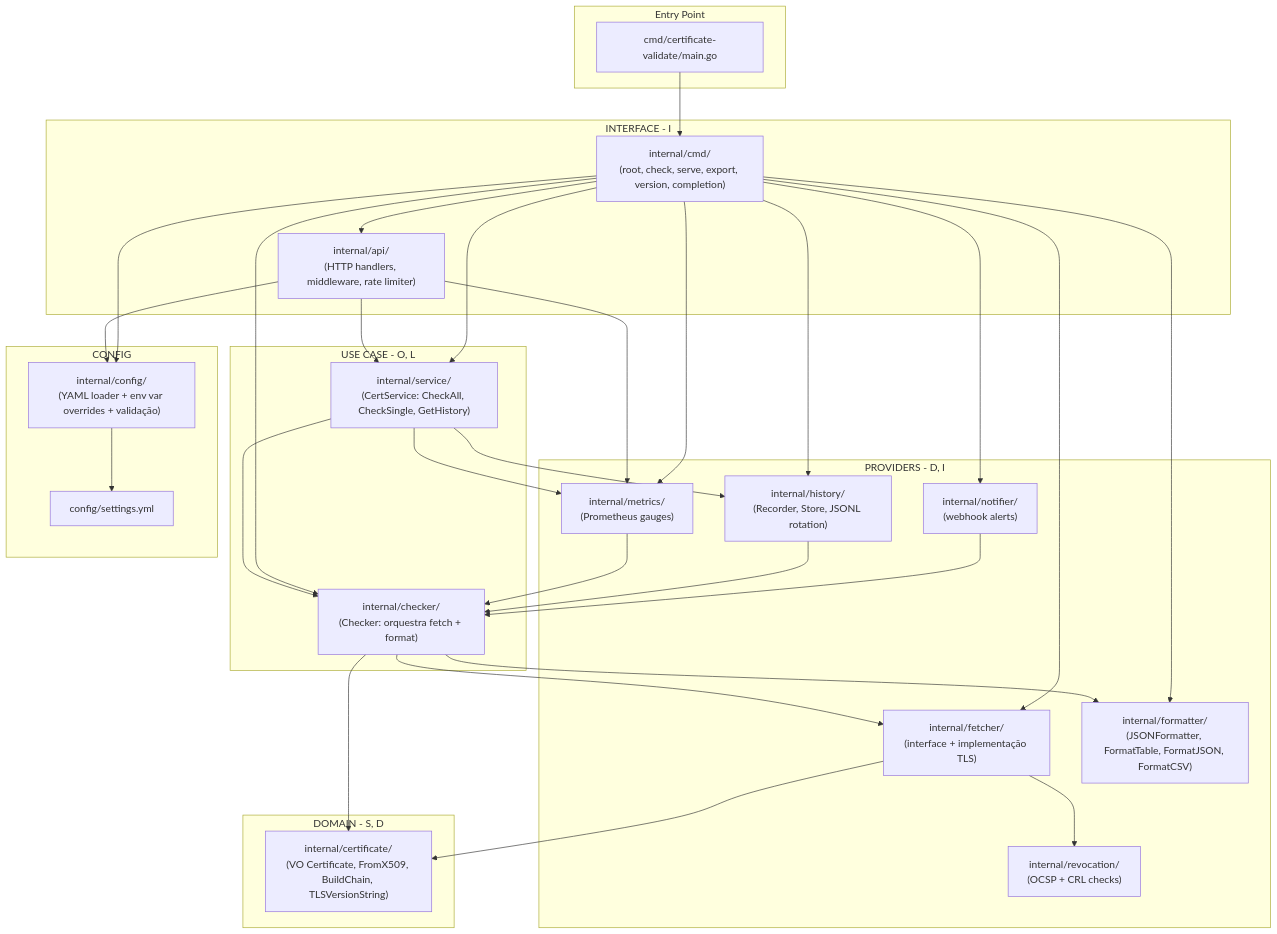
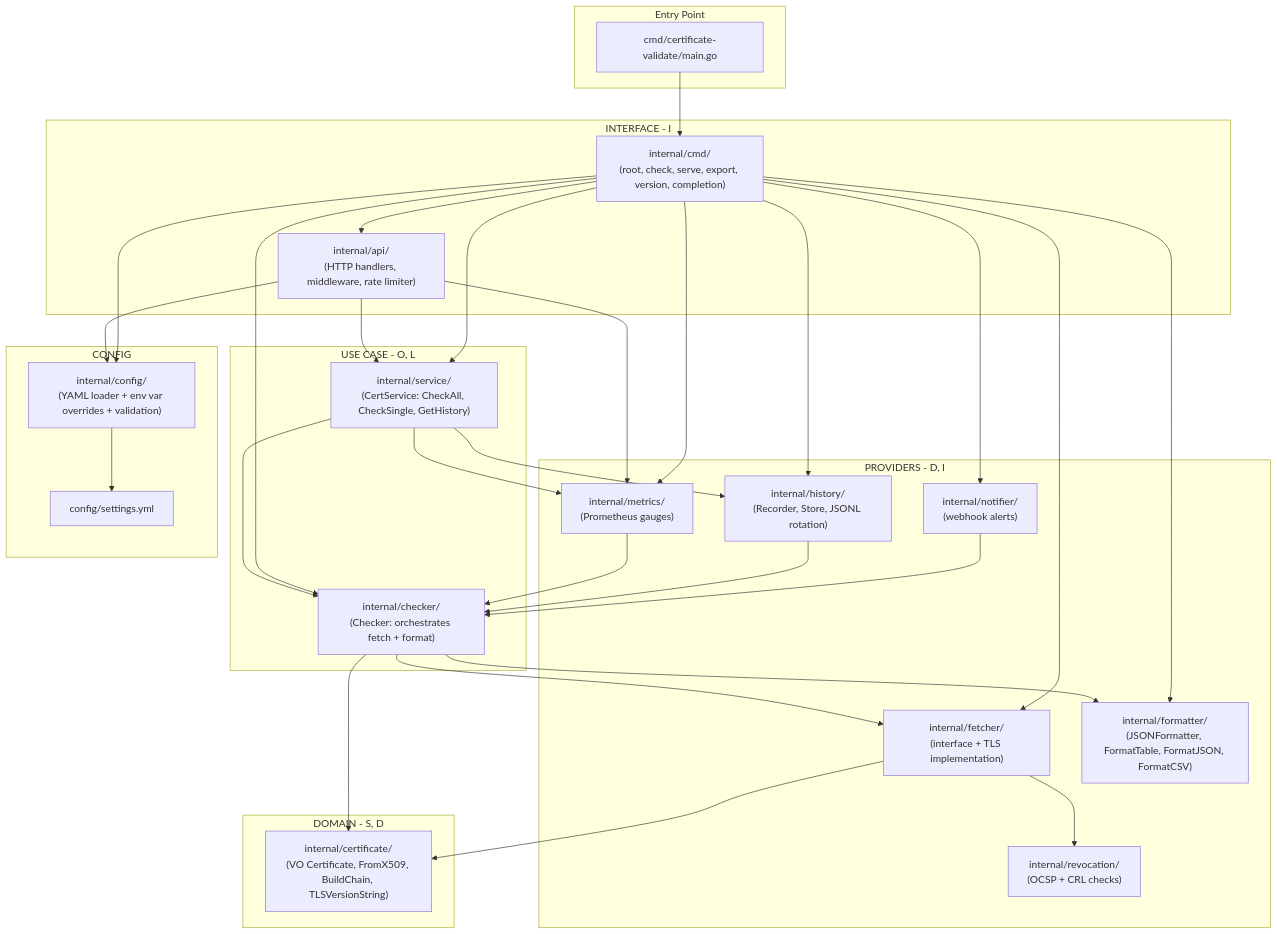
One commit to fabianoflorentino/certificate-validate changed the first of 14 diagrams in docs/ARCHITECTURE.md. Above: the diagram before and after it, drawn with Mermaid. The commit also changed other lines of this file and 2 other files, not shown here.

````diff
--- a/docs/ARCHITECTURE.md
+++ b/docs/ARCHITECTURE.md
@@ -27,60 +27,60 @@
 ```mermaid
 flowchart TB
     subgraph Entry["Entry Point"]
         main["cmd/certificate-validate/main.go"]
     end
 
     subgraph Interface["INTERFACE - I"]
         cmdLayer["internal/cmd/\n(root, check, serve, export, version, completion)"]
         apiLayer["internal/api/\n(HTTP handlers, middleware, rate limiter)"]
     end
 
     subgraph UseCase["USE CASE - O, L"]
-        checkerLayer["internal/checker/\n(Checker: orquestra fetch + format)"]
+        checkerLayer["internal/checker/\n(Checker: orchestrates fetch + format)"]
         serviceLayer["internal/service/\n(CertService: CheckAll, CheckSingle, GetHistory)"]
     end
 
     subgraph Domain["DOMAIN - S, D"]
         certLayer["internal/certificate/\n(VO Certificate, FromX509, BuildChain, TLSVersionString)"]
     end
 
     subgraph Providers["PROVIDERS - D, I"]
-        fetcherLayer["internal/fetcher/\n(interface + implementação TLS)"]
+        fetcherLayer["internal/fetcher/\n(interface + TLS implementation)"]
         formatterLayer["internal/formatter/\n(JSONFormatter, FormatTable, FormatJSON, FormatCSV)"]
         notifierLayer["internal/notifier/\n(webhook alerts)"]
         historyLayer["internal/history/\n(Recorder, Store, JSONL rotation)"]
         metricsLayer["internal/metrics/\n(Prometheus gauges)"]
         revocationLayer["internal/revocation/\n(OCSP + CRL checks)"]
     end
 
     subgraph Config["CONFIG"]
-        configLayer["internal/config/\n(YAML loader + env var overrides + validação)"]
+        configLayer["internal/config/\n(YAML loader + env var overrides + validation)"]
         yamlFile["config/settings.yml"]
     end
 
     main --> cmdLayer
     cmdLayer --> configLayer
     cmdLayer --> serviceLayer
     cmdLayer --> checkerLayer
     cmdLayer --> apiLayer
     cmdLayer --> fetcherLayer
     cmdLayer --> formatterLayer
     cmdLayer --> notifierLayer
     cmdLayer --> historyLayer
     cmdLayer --> metricsLayer
     configLayer --> yamlFile
     checkerLayer --> fetcherLayer
     checkerLayer --> formatterLayer
     checkerLayer --> certLayer
     fetcherLayer --> certLayer
     fetcherLayer --> revocationLayer
     serviceLayer --> checkerLayer
     serviceLayer --> historyLayer
     serviceLayer --> metricsLayer
     apiLayer --> serviceLayer
     apiLayer --> configLayer
     apiLayer --> metricsLayer
     notifierLayer --> checkerLayer
     historyLayer --> checkerLayer
     metricsLayer --> checkerLayer
 ```
````
